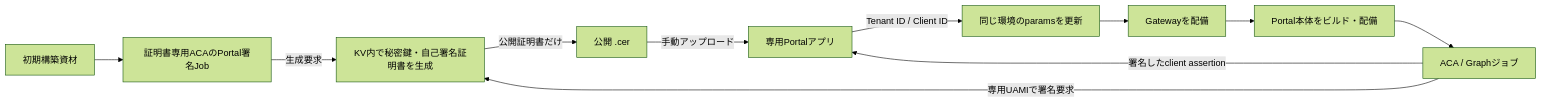
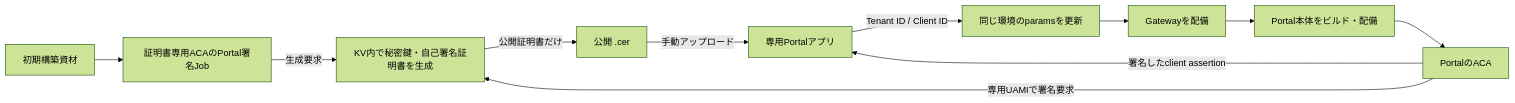
The diagram in docs/setup/09-egakumi-portal.md (hrkd83/egakumi), drawn with Mermaid (forest theme) before and after one commit. The commit also changed other lines of this file and 476 other files, not shown here.

````diff
--- a/docs/setup/09-egakumi-portal.md
+++ b/docs/setup/09-egakumi-portal.md
@@ -32,13 +32,13 @@
 ```mermaid
 flowchart LR
   Build[初期構築資材] --> Job[証明書専用ACAのPortal署名Job]
   Job -->|生成要求| KV[KV内で秘密鍵・自己署名証明書を生成]
   KV -->|公開証明書だけ| CER[公開 .cer]
   CER -->|手動アップロード| Entra[専用Portalアプリ]
   Entra -->|Tenant ID / Client ID| Params[同じ環境のparamsを更新]
   Params --> Gateway[Gatewayを配備]
   Gateway --> Deploy[Portal本体をビルド・配備]
-  Deploy --> ACA[ACA / Graphジョブ]
+  Deploy --> ACA[PortalのACA]
   ACA -->|専用UAMIで署名要求| KV
   ACA -->|署名したclient assertion| Entra
 ```
````
